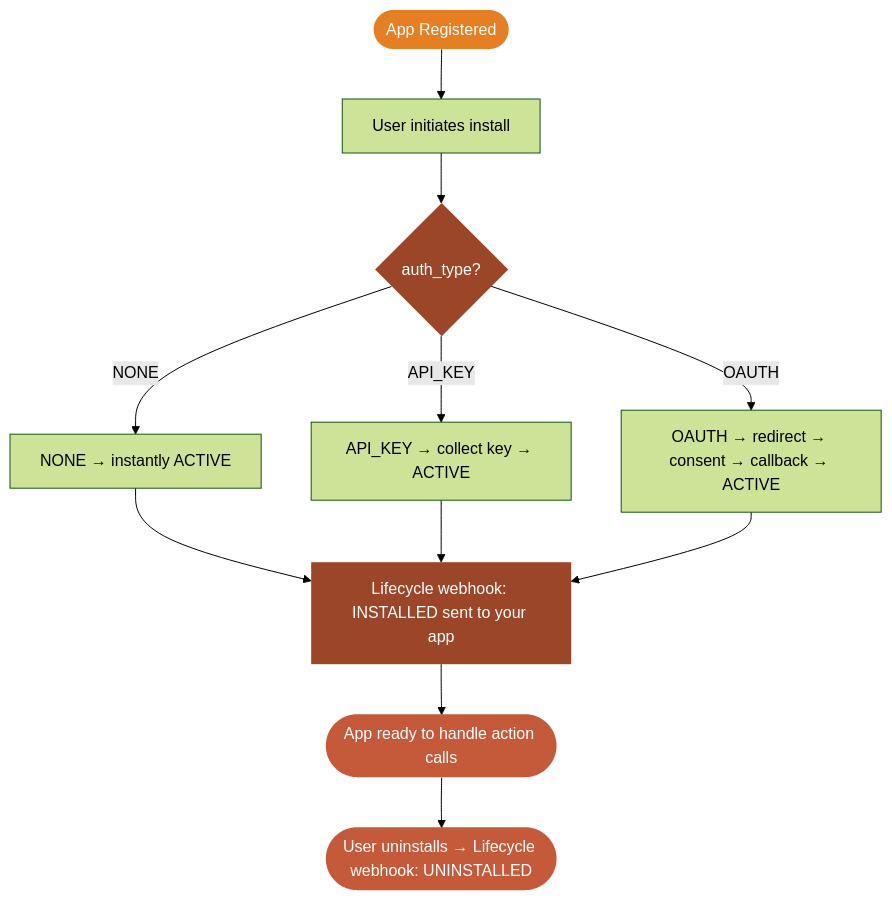
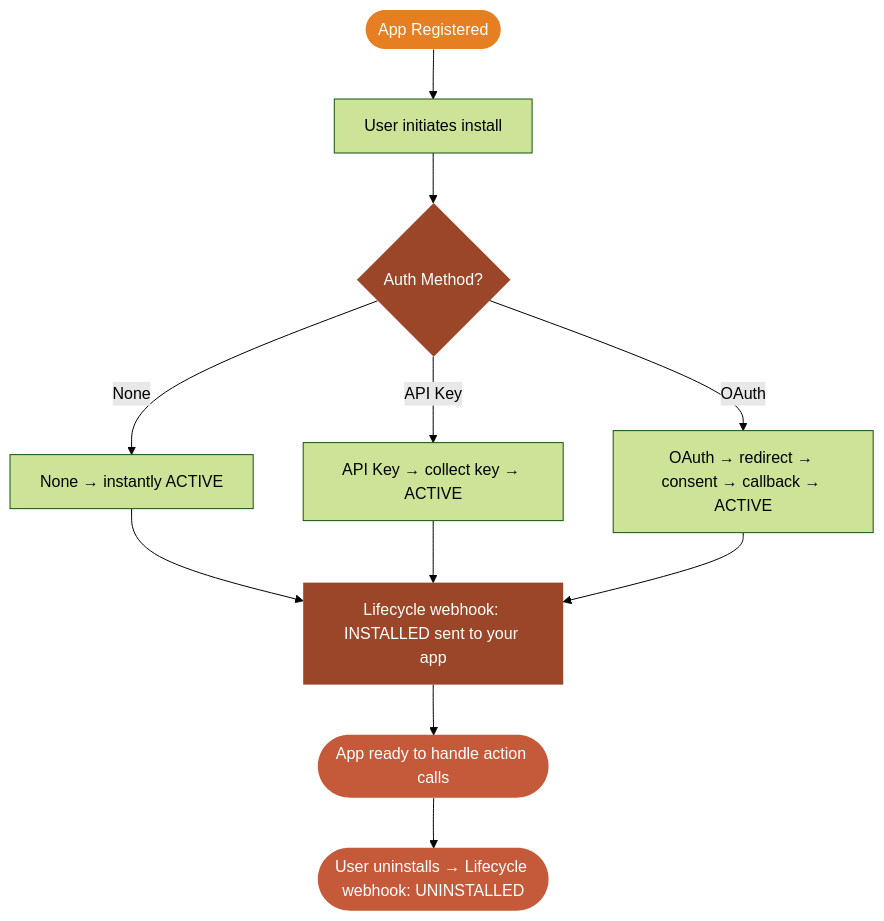
Before and after one commit to PeterAkande/orceum-docs: the second of 2 diagrams in building-apps/overview.mdx, drawn with Mermaid (forest theme). The commit also changed other lines of this file and 18 other files, not shown here.

````diff
--- a/building-apps/overview.mdx
+++ b/building-apps/overview.mdx
@@ -101,25 +101,25 @@
 ```mermaid
 flowchart TD
     R(["App Registered"])
     I["User initiates install"]
-    AT{auth_type?}
-    N["NONE → instantly ACTIVE"]
-    AK["API_KEY → collect key → ACTIVE"]
-    OA["OAUTH → redirect → consent → callback → ACTIVE"]
+    AT{Auth Method?}
+    N["None → instantly ACTIVE"]
+    AK["API Key → collect key → ACTIVE"]
+    OA["OAuth → redirect → consent → callback → ACTIVE"]
     LW["Lifecycle webhook: INSTALLED sent to your app"]
     AC(["App ready to handle action calls"])
     UN(["User uninstalls → Lifecycle webhook: UNINSTALLED"])
 
     R --> I --> AT
-    AT -->|NONE| N
-    AT -->|API_KEY| AK
-    AT -->|OAUTH| OA
+    AT -->|None| N
+    AT -->|API Key| AK
+    AT -->|OAuth| OA
     N & AK & OA --> LW --> AC
     AC --> UN
 
     style R fill:#e67e22,color:#fff,stroke:none
     style AT fill:#9b4628,color:#fff,stroke:none
     style LW fill:#9b4628,color:#fff,stroke:none
     style AC fill:#c55a3a,color:#fff,stroke:none
     style UN fill:#c55a3a,color:#fff,stroke:none
 ```
````
